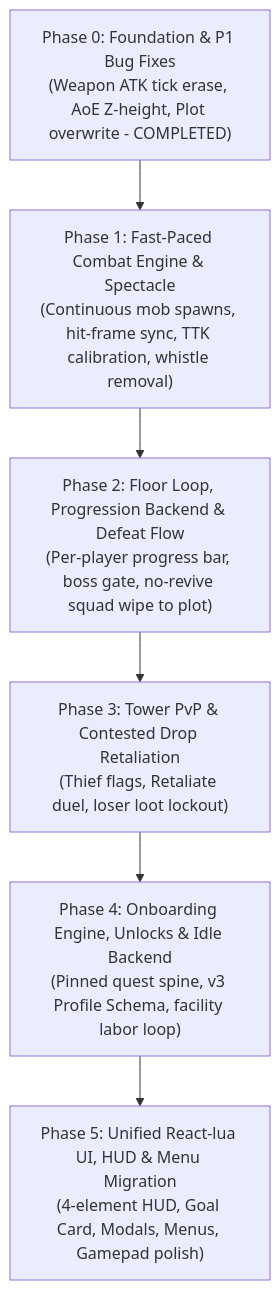
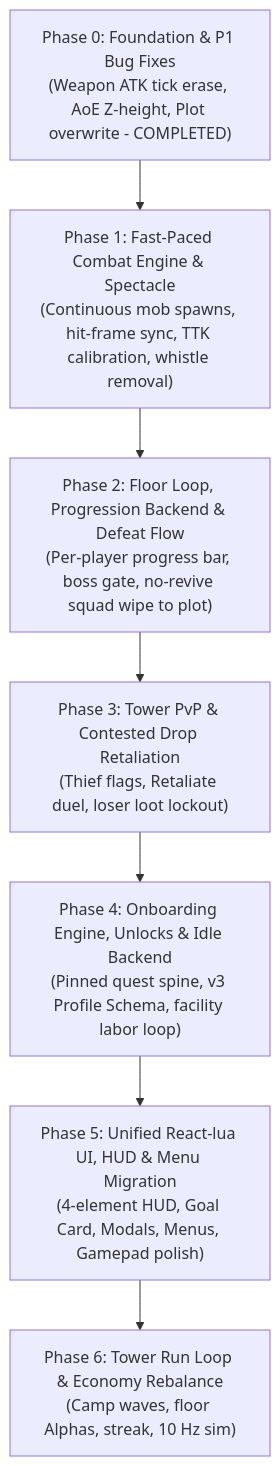
Before and after one commit to Zaimoo/infinite-tower: the diagram in docs/rework-plan/README.md, drawn with Mermaid. The commit also changed other lines of this file and 33 other files, not shown here.

First line of the commit message:
feat(tower): Phase 6 run loop, denser camps, floor Alphas, streak and penalties

````diff
--- a/docs/rework-plan/README.md
+++ b/docs/rework-plan/README.md
@@ -12,11 +12,13 @@
 ```mermaid
 flowchart TD
     P0["Phase 0: Foundation & P1 Bug Fixes\n(Weapon ATK tick erase, AoE Z-height, Plot overwrite - COMPLETED)"]
     P1["Phase 1: Fast-Paced Combat Engine & Spectacle\n(Continuous mob spawns, hit-frame sync, TTK calibration, whistle removal)"]
     P2["Phase 2: Floor Loop, Progression Backend & Defeat Flow\n(Per-player progress bar, boss gate, no-revive squad wipe to plot)"]
     P3["Phase 3: Tower PvP & Contested Drop Retaliation\n(Thief flags, Retaliate duel, loser loot lockout)"]
     P4["Phase 4: Onboarding Engine, Unlocks & Idle Backend\n(Pinned quest spine, v3 Profile Schema, facility labor loop)"]
     P5["Phase 5: Unified React-lua UI, HUD & Menu Migration\n(4-element HUD, Goal Card, Modals, Menus, Gamepad polish)"]
 
-    P0 --> P1 --> P2 --> P3 --> P4 --> P5
+    P6["Phase 6: Tower Run Loop & Economy Rebalance\n(Camp waves, floor Alphas, streak, 10 Hz sim)"]
+
+    P0 --> P1 --> P2 --> P3 --> P4 --> P5 --> P6
 ```
````
